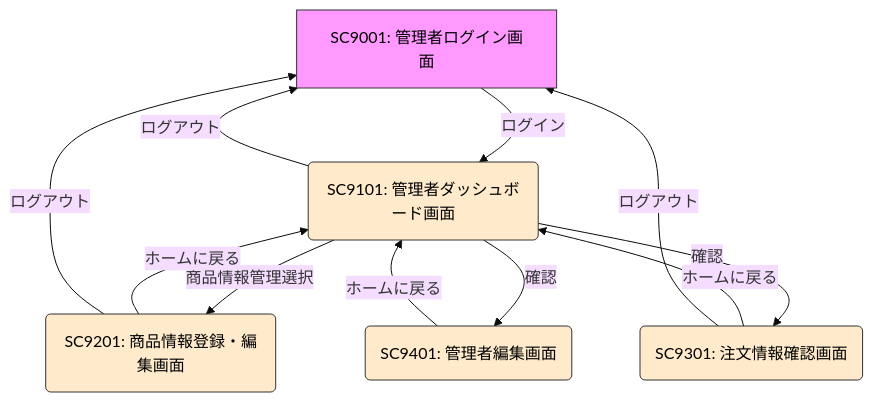
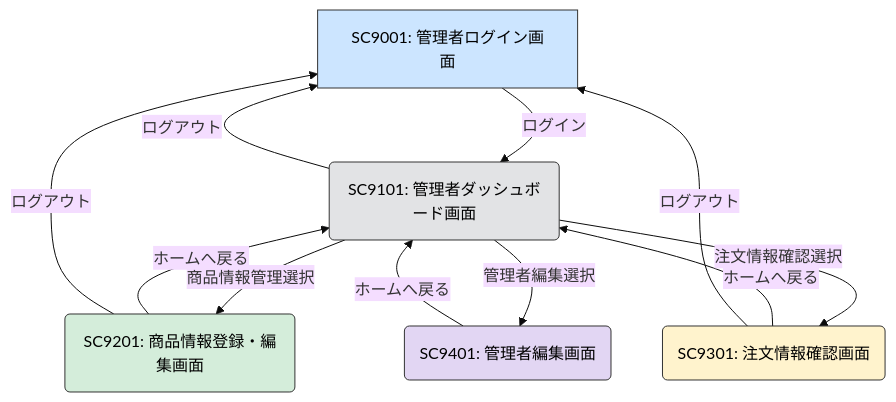
The second of 2 diagrams in 基本設計/C.md (YUKlT0/Equipe), drawn with Mermaid (base theme) before and after one commit. The commit also changed other lines of this file, not shown here.

```diff
--- a/基本設計/C.md
+++ b/基本設計/C.md
@@ -100,21 +104,21 @@
 <div class="mermaid">
 graph TD
     J[SC9001: 管理者ログイン画面] -- ログイン --> K(SC9101: 管理者ダッシュボード画面);
     K -- 商品情報管理選択 --> L(SC9201: 商品情報登録・編集画面);
-    L -- ホームに戻る --> K;
-    K -- 確認 --> M(SC9301: 注文情報確認画面);
-    M -- ホームに戻る --> K;
-    K -- 確認 --> N(SC9401: 管理者編集画面);
-    N -- ホームに戻る --> K;
+    L -- ホームへ戻る --> K;
+    K -- 注文情報確認選択 --> M(SC9301: 注文情報確認画面);
+    M -- ホームへ戻る --> K;
+    K -- 管理者編集選択 --> N(SC9401: 管理者編集画面);
+    N -- ホームへ戻る --> K;
     K -- ログアウト --> J;
     L -- ログアウト --> J;
     M -- ログアウト --> J;    
 
-    style J fill:#f9f,stroke:#333,stroke-width:1px,color:#000
-    style K fill:#ffebcc,stroke:#333,stroke-width:1px,color:#000
-    style L fill:#ffebcc,stroke:#333,stroke-width:1px,color:#000
-    style M fill:#ffebcc,stroke:#333,stroke-width:1px,color:#000 
-    style N fill:#ffebcc,stroke:#333,stroke-width:1px,color:#000  
+    style J fill:#cce5ff,stroke:#333,stroke-width:1px,color:#000
+    style K fill:#e2e3e5,stroke:#333,stroke-width:1px,color:#000
+    style L fill:#d4edda,stroke:#333,stroke-width:1px,color:#000
+    style M fill:#fff3cd,stroke:#333,stroke-width:1px,color:#000 
+    style N fill:#e2d6f3,stroke:#333,stroke-width:1px,color:#000  
 
 
 </div>
```
